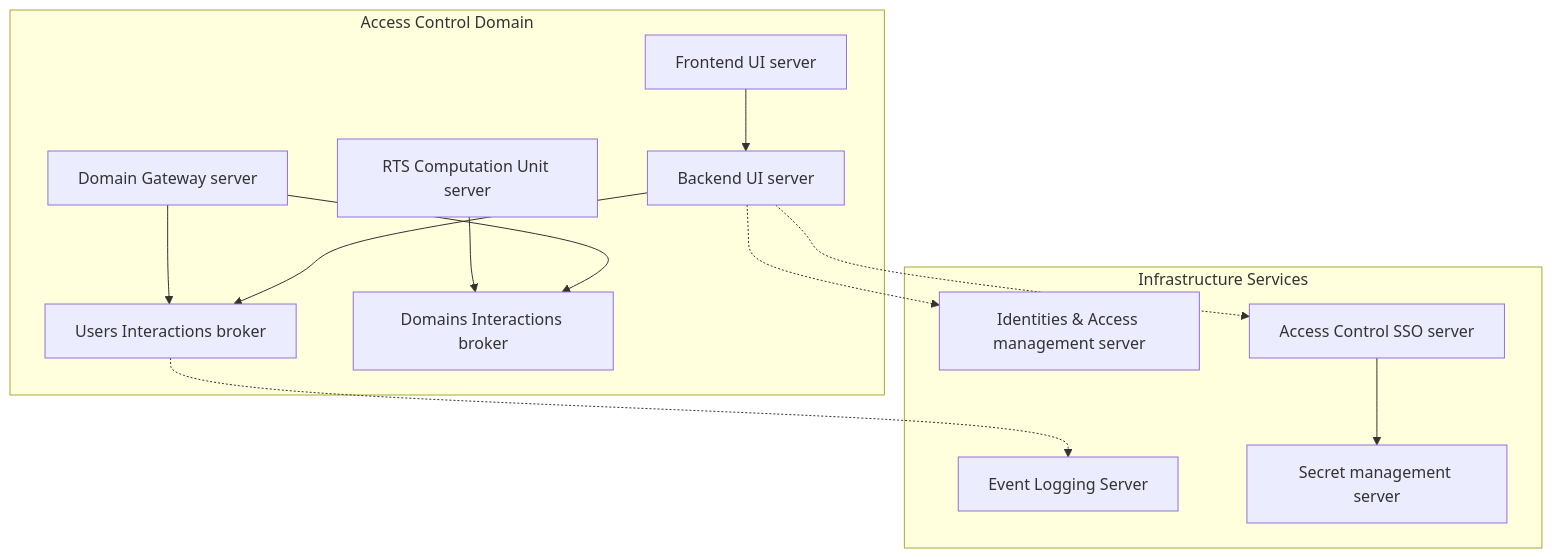
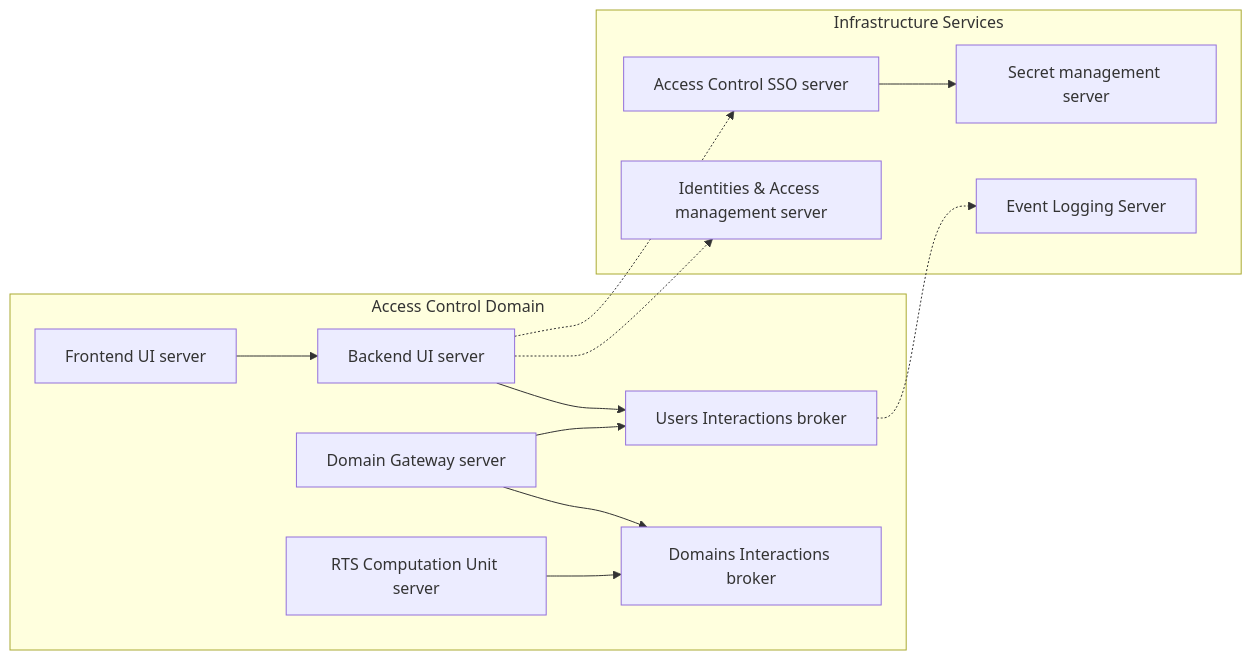
Before and after one commit to cybnity/foundation: the diagram in prototypes-line/techstack/v0/README.md, drawn with Mermaid.

````diff
--- a/prototypes-line/techstack/v0/README.md
+++ b/prototypes-line/techstack/v0/README.md
@@ -62,18 +62,18 @@
 ```mermaid
-flowchart TB
-    backend -.-> idm;
-    backend -.-> sso;
-    uispace -.-> logging;
-    subgraph infrastructure[Infrastructure Services]
-        sso[Access Control SSO server] --> secret[Secret management server];
-        idm[Identities & Access management server];
-        logging[Event Logging Server];
-    end
+flowchart LR
     subgraph domain[Access Control Domain]
         frontui[Frontend UI server] --> backend[Backend UI server];
         backend --> uispace[Users Interactions broker];
         gateway[Domain Gateway server] --> domainspace[Domains Interactions broker];
         rtscomput[RTS Computation Unit server] --> domainspace;
     end
+    subgraph infrastructure[Infrastructure Services]
+        sso[Access Control SSO server] --> secret[Secret management server];
+        idm[Identities & Access management server];
+        logging[Event Logging Server];
+    end
+    backend -.-> idm;
+    backend -.-> sso;
+    uispace -.-> logging;
     gateway --> uispace;
 ```
````
